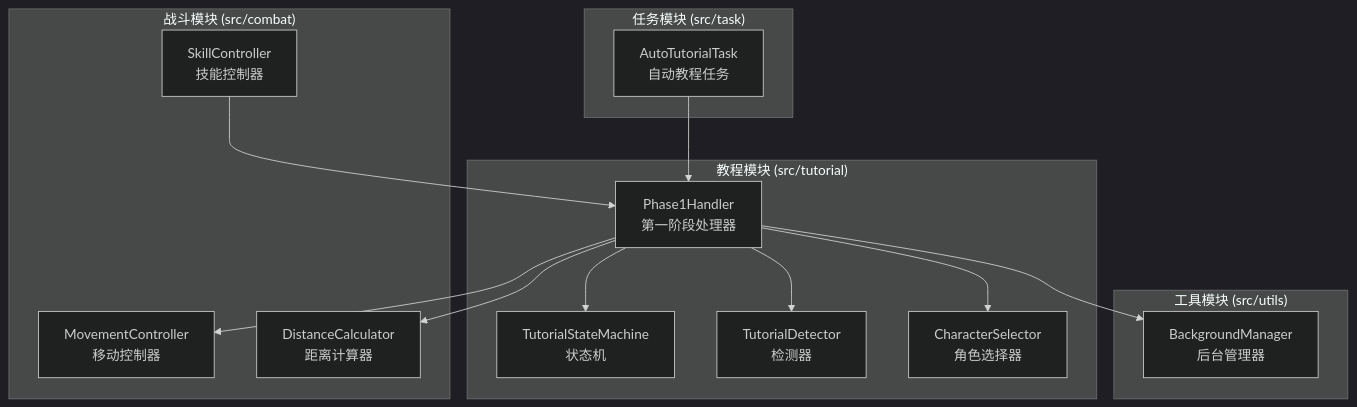
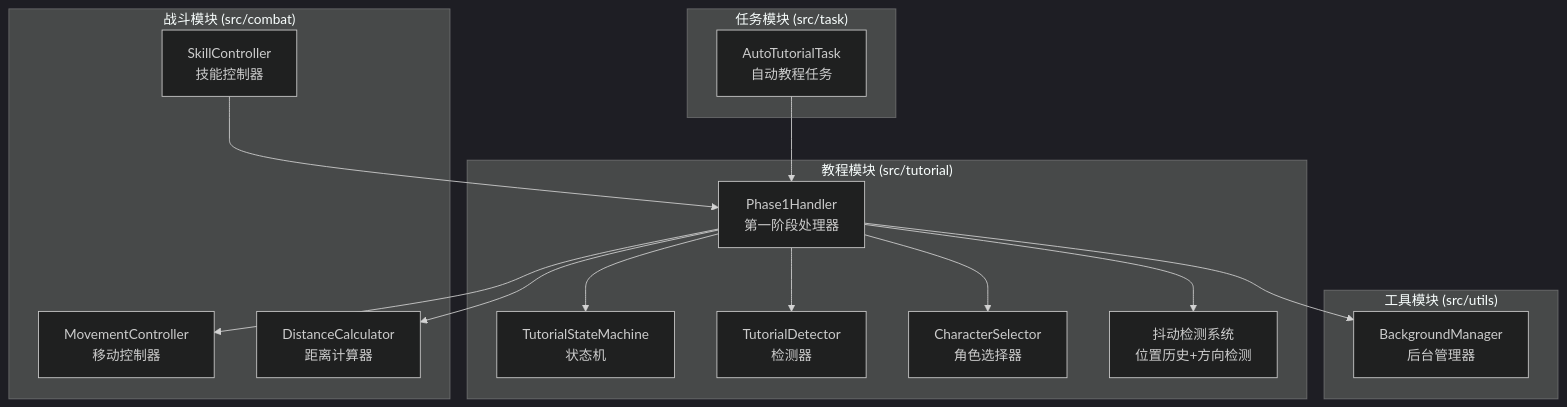
One commit to xsy098-max/ok-jump changed the first of 5 diagrams in .qoder/repowiki/zh/content/Tutorial Phase1 Handler.md. Above: the diagram before and after it, drawn with Mermaid (dark theme). The commit also changed other lines of this file and 14 other files, not shown here.

````diff
--- a/.qoder/repowiki/zh/content/Tutorial Phase1 Handler.md
+++ b/.qoder/repowiki/zh/content/Tutorial Phase1 Handler.md
@@ -46,28 +55,30 @@
 ```mermaid
 graph TB
 subgraph "教程模块 (src/tutorial)"
 PH[Phase1Handler<br/>第一阶段处理器]
 SM[TutorialStateMachine<br/>状态机]
 TD[TutorialDetector<br/>检测器]
 CS[CharacterSelector<br/>角色选择器]
+JDS[抖动检测系统<br/>位置历史+方向检测]
 end
 subgraph "战斗模块 (src/combat)"
 MC[MovementController<br/>移动控制器]
 DC[DistanceCalculator<br/>距离计算器]
 SC[SkillController<br/>技能控制器]
 end
 subgraph "任务模块 (src/task)"
 AT[AutoTutorialTask<br/>自动教程任务]
 end
 subgraph "工具模块 (src/utils)"
 BM[BackgroundManager<br/>后台管理器]
 end
 PH --> SM
 PH --> TD
 PH --> CS
+PH --> JDS
 PH --> MC
 PH --> DC
 AT --> PH
 PH --> BM
 SC --> PH
 ```
````
